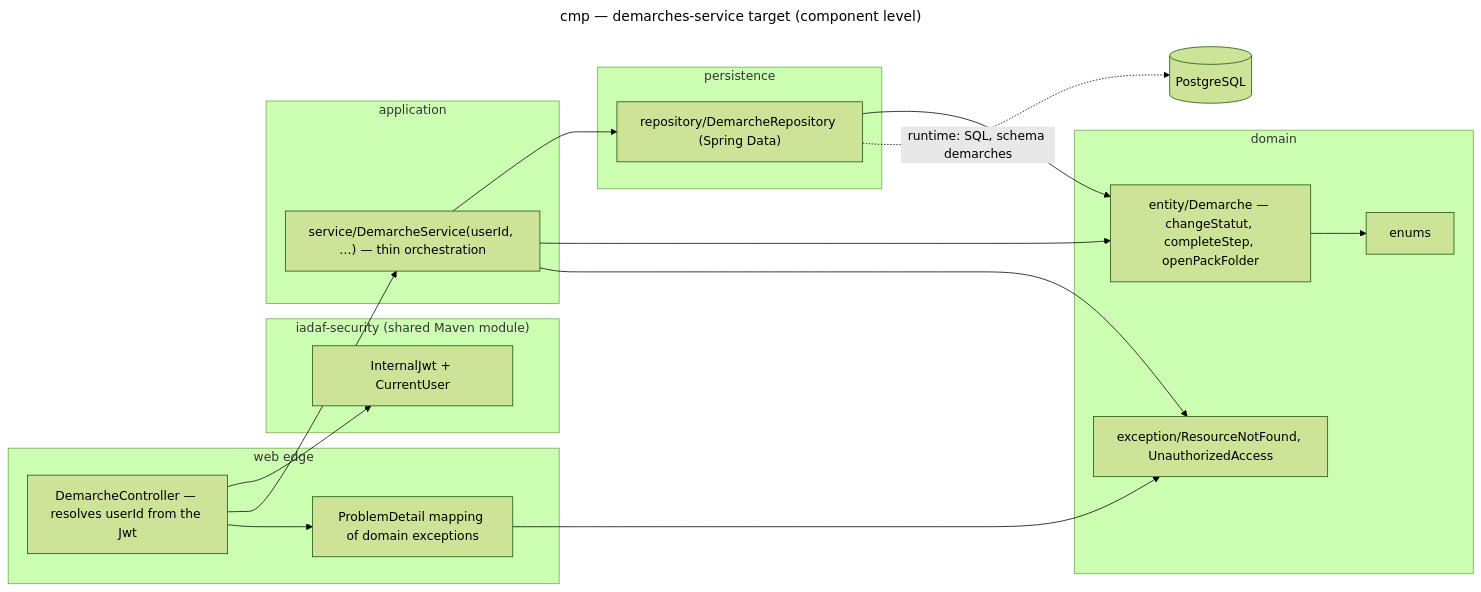
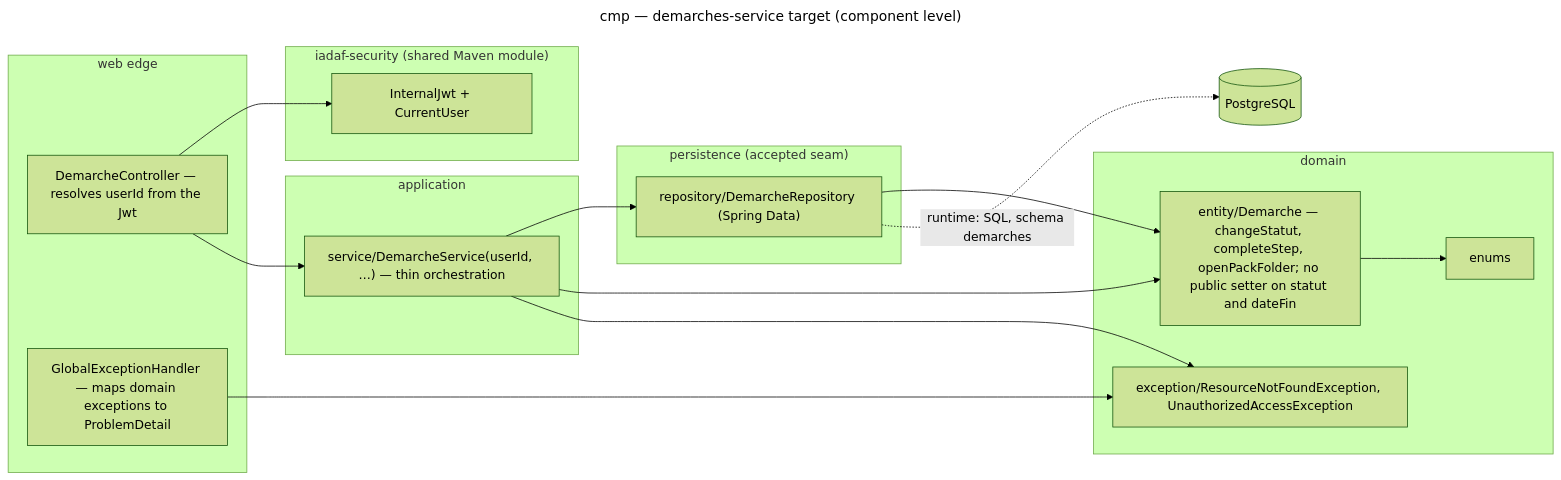
One commit to IsmailMifdal/IADAF-YDAYS changed the second of 2 diagrams in docs/architecture/diagrams/architecture/03a-component-demarches-service.md. Above: the diagram before and after it, drawn with Mermaid (forest theme). The commit also changed other lines of this file and 6 other files, not shown here.

First line of the commit message:
docs(architecture): fix review findings on ADR-0001 (ISM-116)

````diff
--- a/docs/architecture/diagrams/architecture/03a-component-demarches-service.md
+++ b/docs/architecture/diagrams/architecture/03a-component-demarches-service.md
@@ -52,34 +52,33 @@
 ```mermaid
 ---
 title: cmp — demarches-service target (component level)
 ---
 flowchart LR
   subgraph Web ["web edge"]
     Ctrl["DemarcheController — resolves userId from the Jwt"]
-    ExH["ProblemDetail mapping of domain exceptions"]
+    ExH["GlobalExceptionHandler — maps domain exceptions to ProblemDetail"]
   end
   subgraph Shared ["iadaf-security (shared Maven module)"]
     Jwt["InternalJwt + CurrentUser"]
   end
   subgraph App ["application"]
     Svc["service/DemarcheService(userId, …) — thin orchestration"]
   end
   subgraph Dom ["domain"]
-    Ent["entity/Demarche — changeStatut, completeStep, openPackFolder"]
+    Ent["entity/Demarche — changeStatut, completeStep, openPackFolder; no public setter on statut and dateFin"]
     Enum["enums"]
-    Exc["exception/ResourceNotFound, UnauthorizedAccess"]
+    Exc["exception/ResourceNotFoundException, UnauthorizedAccessException"]
   end
-  subgraph Infra ["persistence"]
+  subgraph Infra ["persistence (accepted seam)"]
     Repo["repository/DemarcheRepository (Spring Data)"]
   end
   Ctrl --> Jwt
   Ctrl --> Svc
-  Ctrl --> ExH
   ExH --> Exc
   Svc --> Repo
   Svc --> Ent
   Svc --> Exc
   Ent --> Enum
   Repo --> Ent
   Repo -.->|"runtime: SQL, schema demarches"| Pg[("PostgreSQL")]
 ```
````
